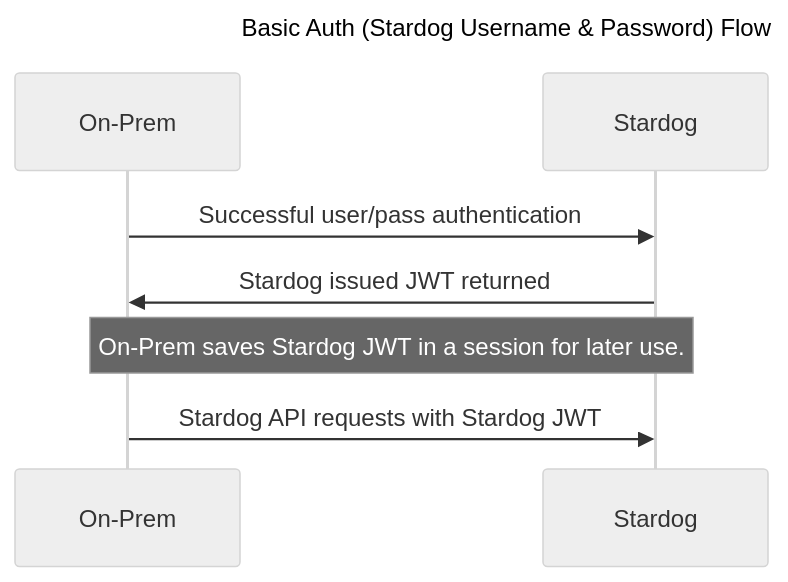
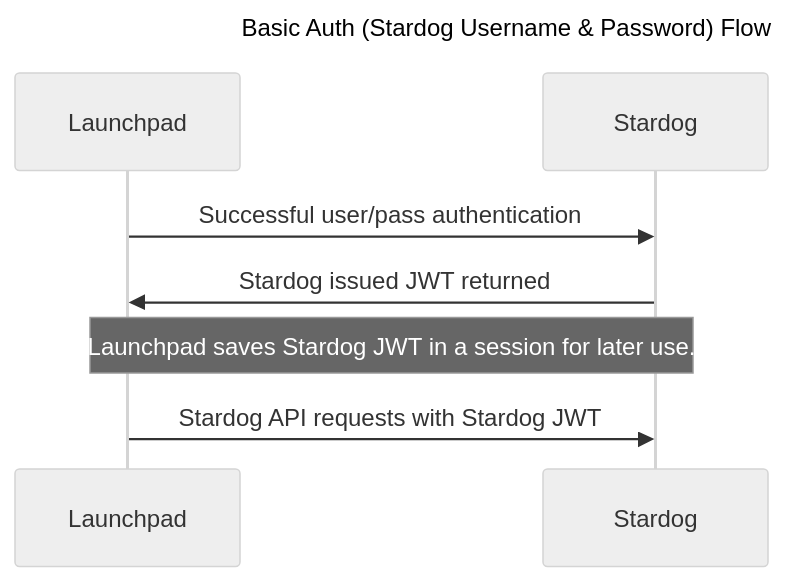
The first of 2 diagrams in README.md (stardog-union/launchpad-docs), drawn with Mermaid (neutral theme) before and after one commit. The commit also changed other lines of this file and 12 other files, not shown here.

````diff
--- a/README.md
+++ b/README.md
@@ -28,8 +28,8 @@
 ```mermaid
 sequenceDiagram
   title Basic Auth (Stardog Username & Password) Flow
-  On-Prem->>Stardog: Successful user/pass authentication
-  Stardog->>On-Prem: Stardog issued JWT returned
-  Note over Stardog,On-Prem: On-Prem saves Stardog JWT in a session for later use.
-  On-Prem->>Stardog: Stardog API requests with Stardog JWT
+  Launchpad->>Stardog: Successful user/pass authentication
+  Stardog->>Launchpad: Stardog issued JWT returned
+  Note over Stardog,Launchpad: Launchpad saves Stardog JWT in a session for later use.
+  Launchpad->>Stardog: Stardog API requests with Stardog JWT
 ```
````
